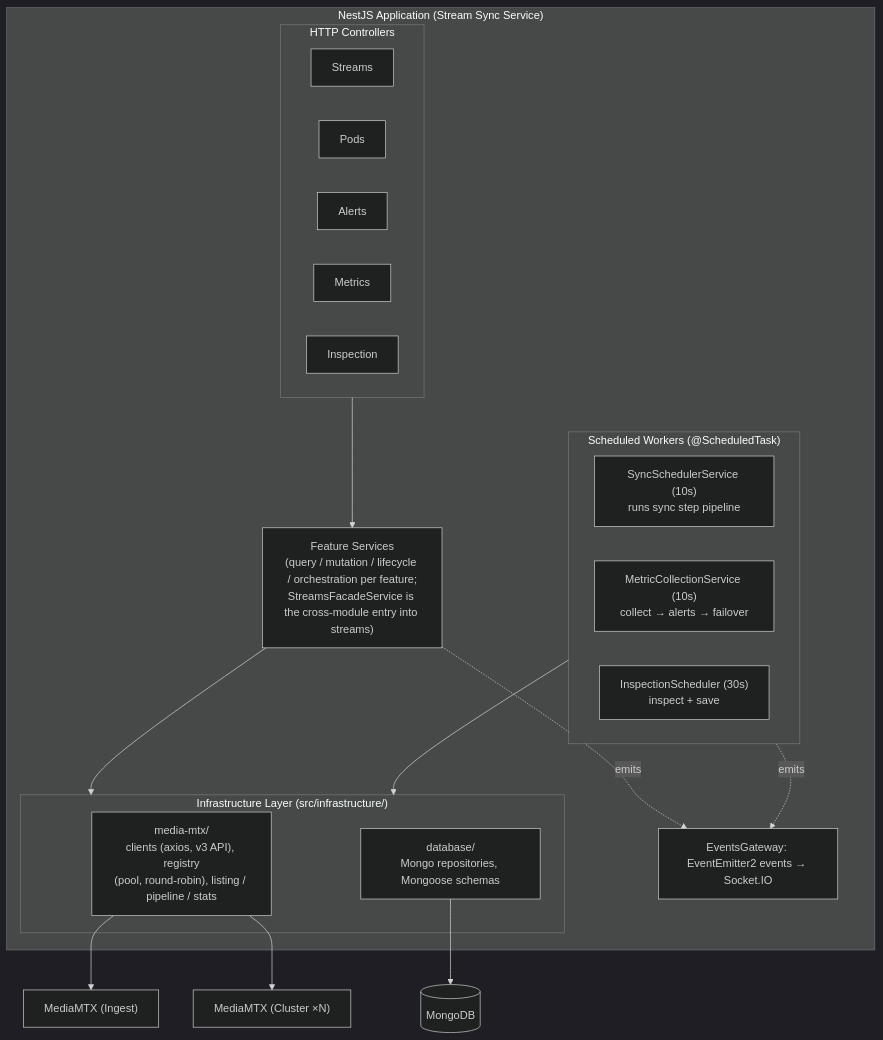
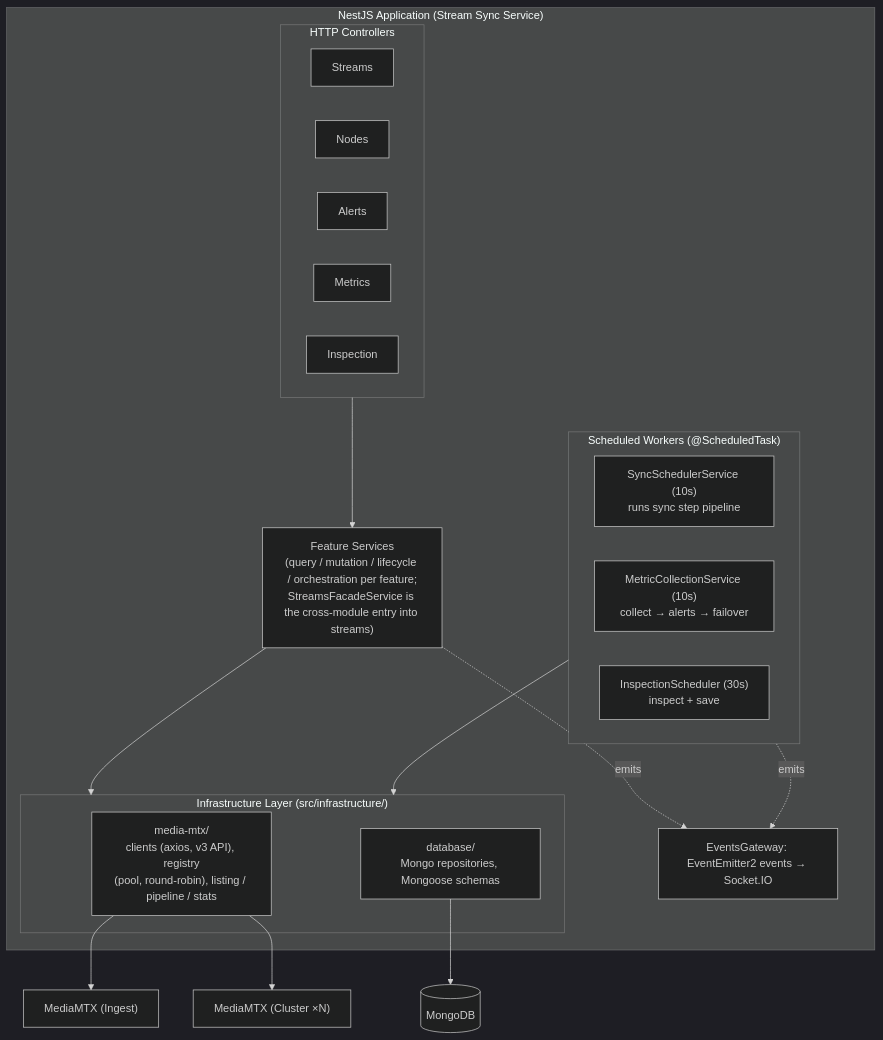
Before and after one commit to emanuel74-bit/media-sync: the first of 6 diagrams in backend/SYSTEM_DOCUMENTATION.md, drawn with Mermaid (dark theme). The commit also changed other lines of this file and 163 other files, not shown here.

````diff
--- a/backend/SYSTEM_DOCUMENTATION.md
+++ b/backend/SYSTEM_DOCUMENTATION.md
@@ -57,33 +57,33 @@
 ```mermaid
 flowchart TB
     subgraph app["NestJS Application (Stream Sync Service)"]
         subgraph controllers["HTTP Controllers"]
             StreamsC[Streams]
-            PodsC[Pods]
+            NodesC[Nodes]
             AlertsC[Alerts]
             MetricsC[Metrics]
             InspectionC[Inspection]
         end
         services["Feature Services<br/>(query / mutation / lifecycle / orchestration per feature;<br/>StreamsFacadeService is the cross-module entry into streams)"]
         subgraph workers["Scheduled Workers (@ScheduledTask)"]
             SyncW["SyncSchedulerService (10s)<br/>runs sync step pipeline"]
             MetricsW["MetricCollectionService (10s)<br/>collect → alerts → failover"]
             InspectW["InspectionScheduler (30s)<br/>inspect + save"]
         end
         subgraph infra["Infrastructure Layer (src/infrastructure/)"]
             MediaMtx["media-mtx/<br/>clients (axios, v3 API), registry<br/>(pool, round-robin), listing / pipeline / stats"]
             Database["database/<br/>Mongo repositories, Mongoose schemas"]
         end
         Gateway["EventsGateway: EventEmitter2 events → Socket.IO"]
 
         controllers --> services
         services --> infra
         workers --> infra
         services -. emits .-> Gateway
         workers -. emits .-> Gateway
     end
 
     Database --> Mongo[(MongoDB)]
     MediaMtx --> Ingest["MediaMTX (Ingest)"]
     MediaMtx --> Cluster["MediaMTX (Cluster ×N)"]
 ```
````
